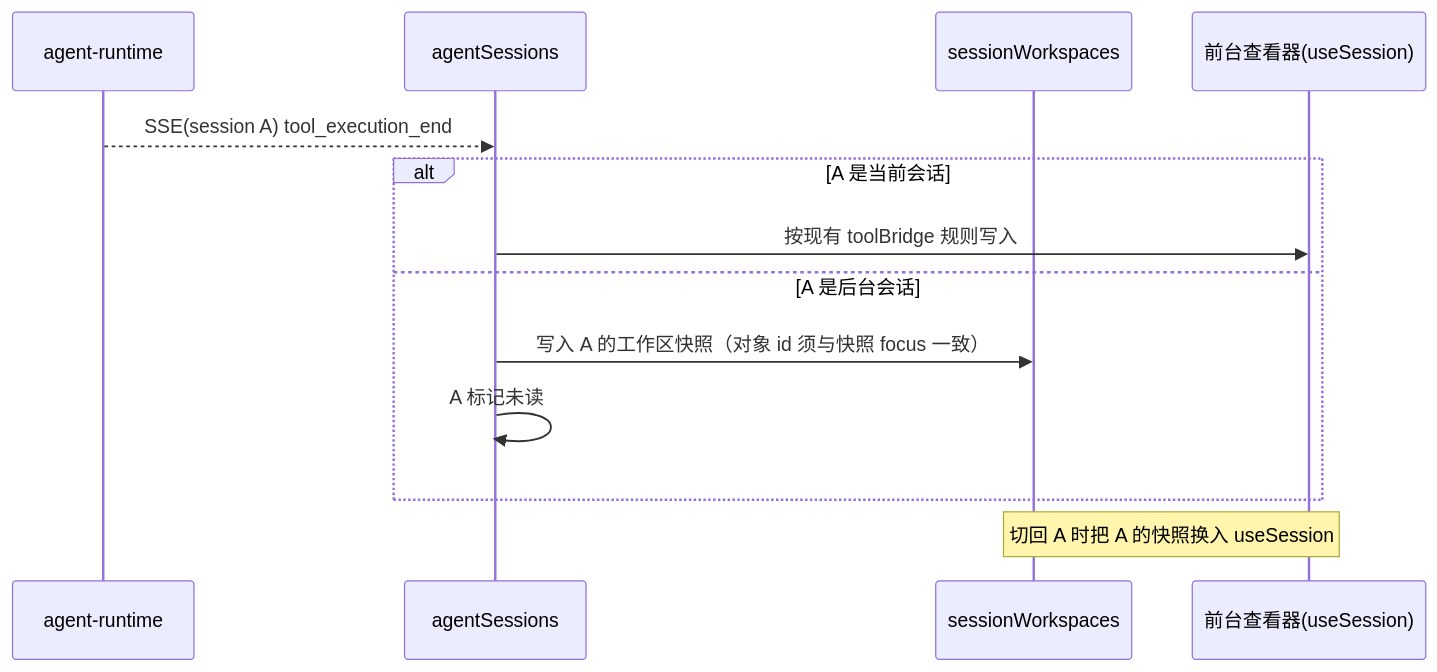
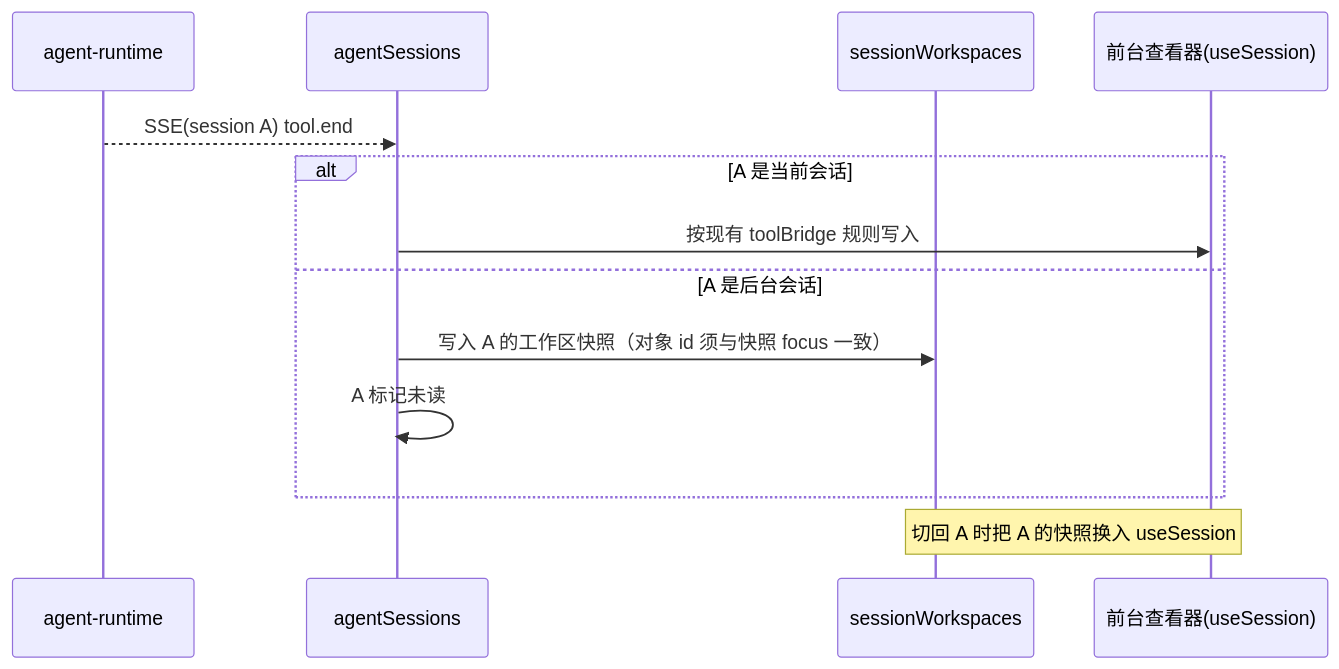
The fourth of 7 diagrams in docs/sdd/feats/13-project-folder-sessions/README.md (zhentai-sn/open-glaux), drawn with Mermaid before and after one commit. The commit also changed other lines of this file and 31 other files, not shown here.

````diff
--- a/docs/sdd/feats/13-project-folder-sessions/README.md
+++ b/docs/sdd/feats/13-project-folder-sessions/README.md
@@ -197,15 +197,15 @@
 ```mermaid
 sequenceDiagram
     participant RT as agent-runtime
     participant AS as agentSessions
     participant WS as sessionWorkspaces
     participant V as 前台查看器(useSession)
-    RT-->>AS: SSE(session A) tool_execution_end
+    RT-->>AS: SSE(session A) tool.end
     alt A 是当前会话
         AS->>V: 按现有 toolBridge 规则写入
     else A 是后台会话
         AS->>WS: 写入 A 的工作区快照（对象 id 须与快照 focus 一致）
         AS->>AS: A 标记未读
     end
     Note over V,WS: 切回 A 时把 A 的快照换入 useSession
 ```
````
